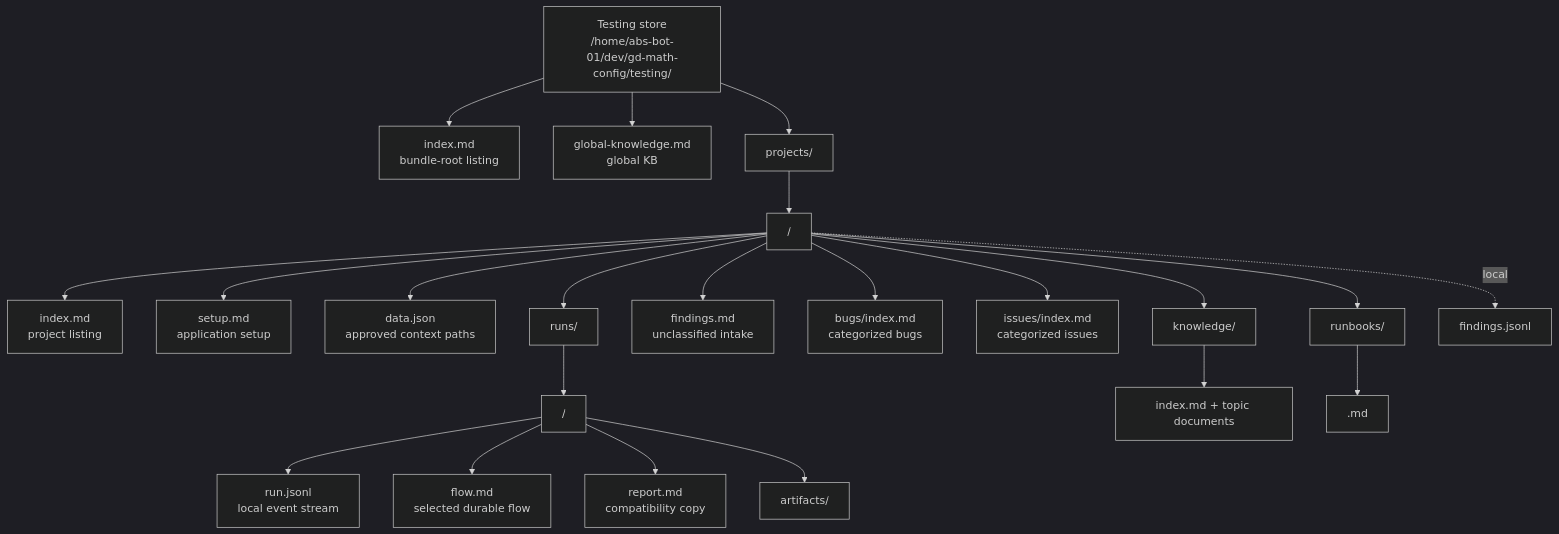
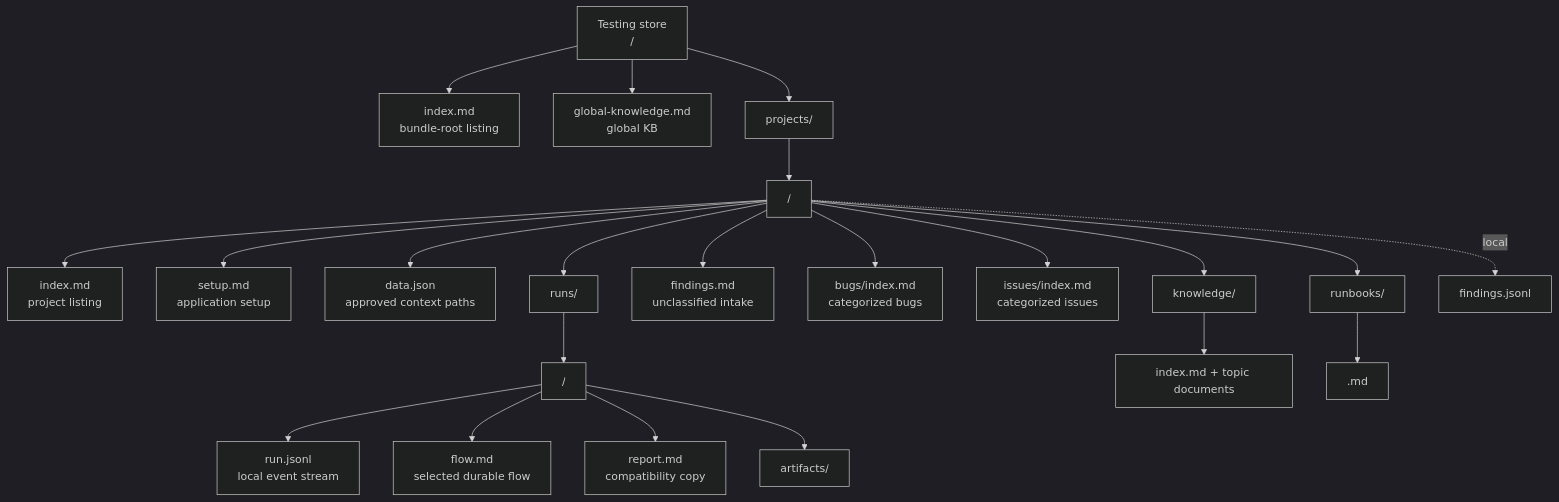
The fifth of 5 diagrams in architecture.md (abs-bot-01/abs-tester-data), drawn with Mermaid (dark theme) before and after one commit. The commit also changed other lines of this file and 12 other files, not shown here.

````diff
--- a/architecture.md
+++ b/architecture.md
@@ -81,28 +81,28 @@
 ```mermaid
 flowchart TD
-    ROOT["Testing store<br/>/home/abs-bot-01/dev/gd-math-config/testing/"]
+    ROOT["Testing store<br/><data-root>/"]
     ROOT --> BI["index.md<br/>bundle-root listing"]
     ROOT --> GK["global-knowledge.md<br/>global KB"]
     ROOT --> PS["projects/"]
 
     PS --> P["<project>/"]
     P --> PI["index.md<br/>project listing"]
     P --> SETUP["setup.md<br/>application setup"]
     P --> DATA["data.json<br/>approved context paths"]
     P --> RUNS["runs/"]
     P --> FIND["findings.md<br/>unclassified intake"]
     P --> BUGS["bugs/index.md<br/>categorized bugs"]
     P --> ISSUES["issues/index.md<br/>categorized issues"]
     P --> KB["knowledge/"]
     P --> RB["runbooks/"]
     P -. local .-> FINDINGS_LOCAL["findings.jsonl"]
 
     RUNS --> RUN["<run-id>/"]
     RUN --> EVENTS_LOCAL["run.jsonl<br/>local event stream"]
     RUN --> FLOW["flow.md<br/>selected durable flow"]
     RUN --> REPORT["report.md<br/>compatibility copy"]
     RUN --> ART["artifacts/"]
 
     KB --> KBI["index.md + topic documents"]
     RB --> RBF["<runbook-id>.md"]
 ```
````
